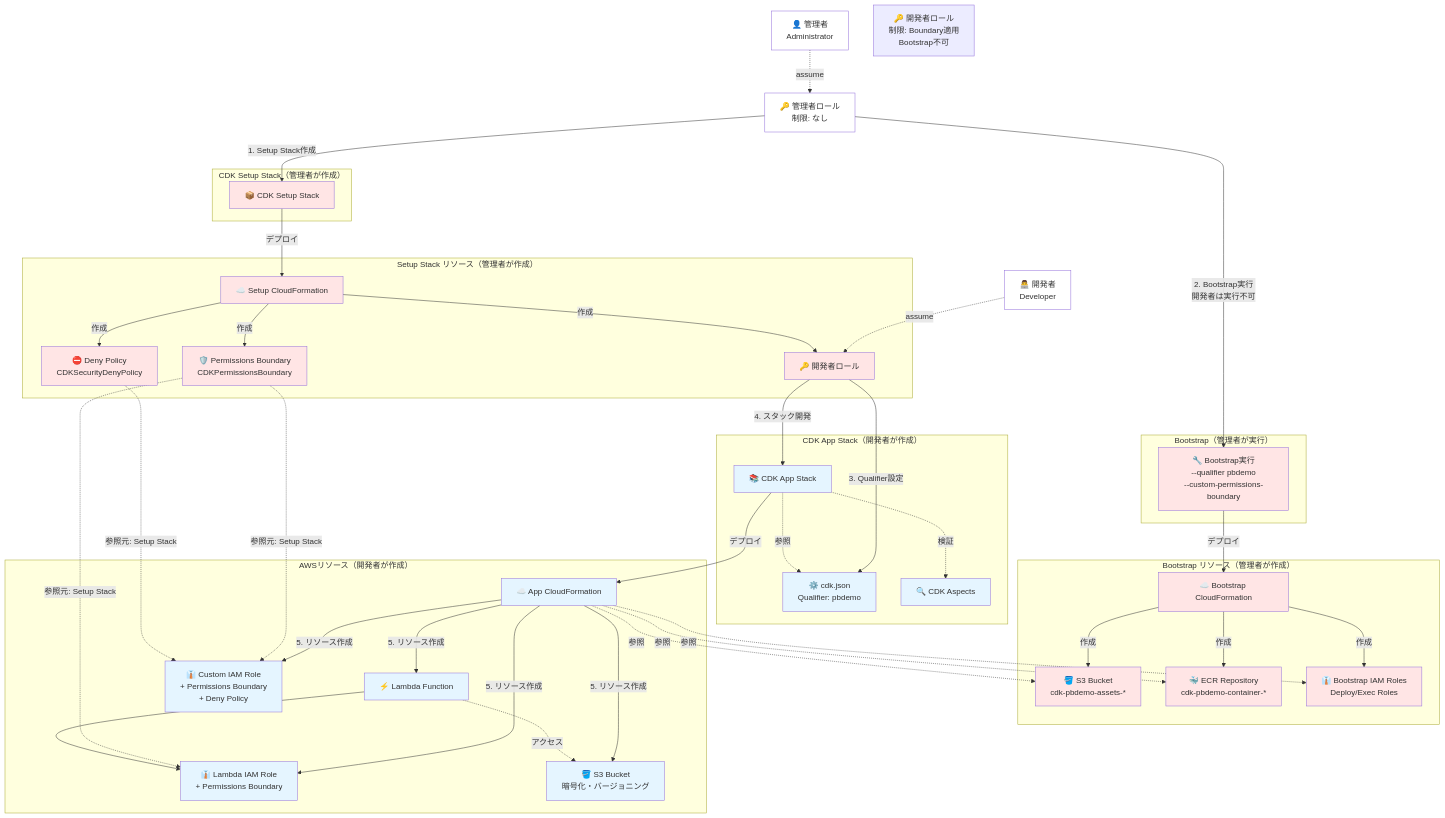
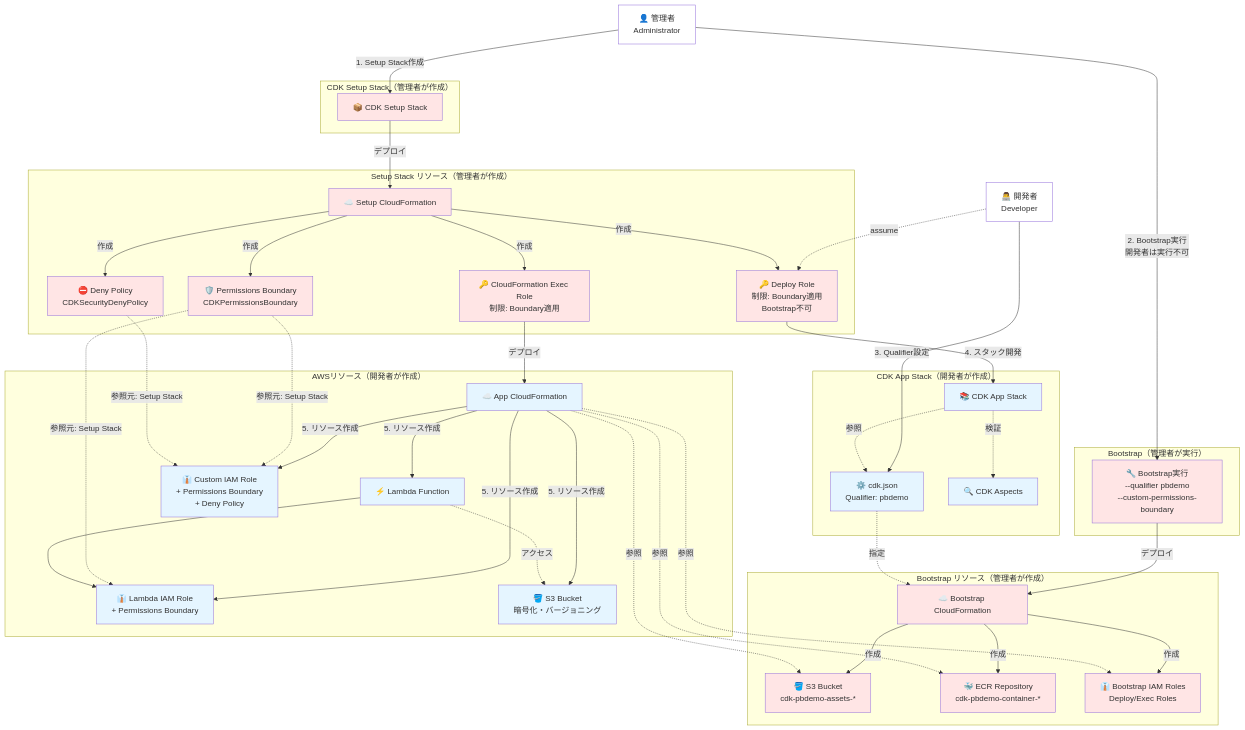
The first of 3 diagrams in SECURITY_FEATURES.md (goataka/cdk-with-permissions-boundary), drawn with Mermaid before and after one commit. The commit also changed other lines of this file and 1 other file, not shown here.

Commit message:
Refactor architecture: remove AdminRole, split DevRole into DeployRole/ExecRole, update cdk.json with permissions boundary config

```diff
--- a/SECURITY_FEATURES.md
+++ b/SECURITY_FEATURES.md
@@ -10,9 +10,6 @@
 graph TB
     Admin[👤 管理者<br/>Administrator]
     Dev[👨‍💻 開発者<br/>Developer]
-    
-    AdminRole[🔑 管理者ロール<br/>制限: なし]
-    DevRole[🔑 開発者ロール<br/>制限: Boundary適用<br/>Bootstrap不可]
     
     subgraph "CDK Setup Stack（管理者が作成）"
         SetupStack[📦 CDK Setup Stack]
@@ -22,7 +19,8 @@
         SetupCfn[☁️ Setup CloudFormation]
         PBPolicy[🛡️ Permissions Boundary<br/>CDKPermissionsBoundary]
         DenyPolicy[⛔ Deny Policy<br/>CDKSecurityDenyPolicy]
-        DevRoleResource[🔑 開発者ロール]
+        DeployRole[🔑 Deploy Role<br/>制限: Boundary適用<br/>Bootstrap不可]
+        ExecRole[🔑 CloudFormation Exec Role<br/>制限: Boundary適用]
     end
     
     subgraph "Bootstrap（管理者が実行）"
@@ -50,25 +48,26 @@
         CustomRole[👔 Custom IAM Role<br/>+ Permissions Boundary<br/>+ Deny Policy]
     end
     
-    Admin -.assume.-> AdminRole
-    Dev -.assume.-> DevRoleResource
+    Dev -.assume.-> DeployRole
     
-    AdminRole -->|1. Setup Stack作成| SetupStack
+    Admin -->|1. Setup Stack作成| SetupStack
     SetupStack -->|デプロイ| SetupCfn
     SetupCfn -->|作成| PBPolicy
     SetupCfn -->|作成| DenyPolicy
-    SetupCfn -->|作成| DevRoleResource
+    SetupCfn -->|作成| DeployRole
+    SetupCfn -->|作成| ExecRole
     
-    AdminRole -->|2. Bootstrap実行<br/>開発者は実行不可| Bootstrap
+    Admin -->|2. Bootstrap実行<br/>開発者は実行不可| Bootstrap
     Bootstrap -->|デプロイ| BootstrapCfn
     BootstrapCfn -->|作成| S3Assets
     BootstrapCfn -->|作成| ECRRepo
     BootstrapCfn -->|作成| BootstrapRoles
     
-    DevRoleResource -->|3. Qualifier設定| QualifierConfig
-    DevRoleResource -->|4. スタック開発| AppStack
+    Dev -->|3. Qualifier設定| QualifierConfig
+    QualifierConfig -.指定.-> BootstrapCfn
+    DeployRole -->|4. スタック開発| AppStack
     AppStack -.参照.-> QualifierConfig
-    AppStack -->|デプロイ| AppCfn
+    ExecRole -->|デプロイ| AppCfn
     AppStack -.検証.-> Aspects
     
     AppCfn -->|5. リソース作成| Lambda
@@ -88,12 +87,12 @@
     
     style Admin fill:#FFFFFF
     style Dev fill:#FFFFFF
-    style AdminRole fill:#FFFFFF
     style SetupStack fill:#FFE5E5
     style SetupCfn fill:#FFE5E5
     style PBPolicy fill:#FFE5E5
     style DenyPolicy fill:#FFE5E5
-    style DevRoleResource fill:#FFE5E5
+    style DeployRole fill:#FFE5E5
+    style ExecRole fill:#FFE5E5
     style Bootstrap fill:#FFE5E5
     style BootstrapCfn fill:#FFE5E5
     style S3Assets fill:#FFE5E5
```
